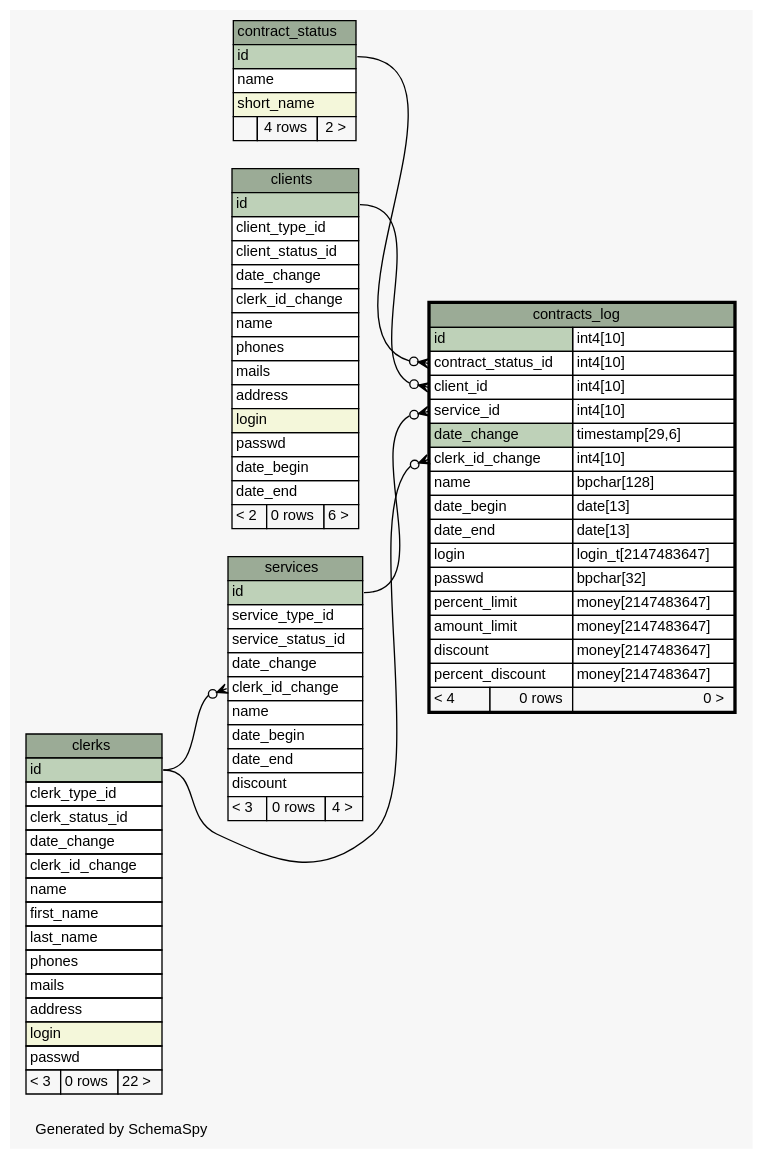
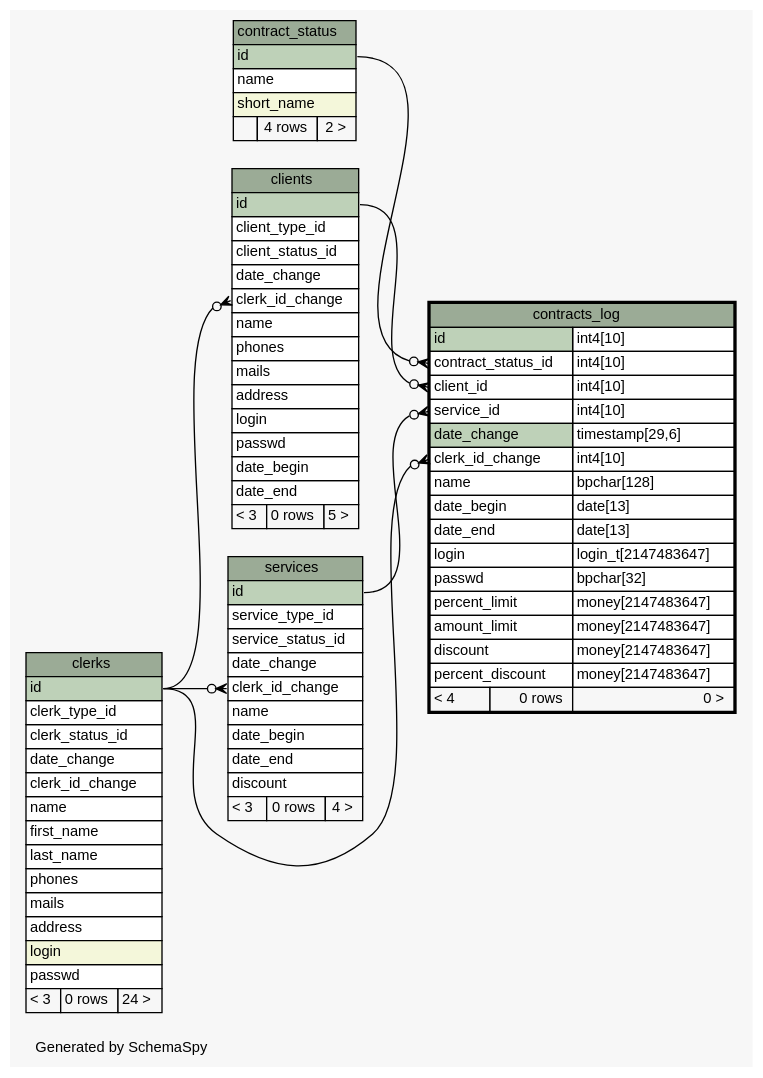
One commit to okharch/avox changed the diagram in db_schema/diagrams/contracts_log.1degree.dot. Above: the diagram before and after it, drawn with Graphviz. The commit also changed 166 other files, not shown here.

Commit message:
spyschema-modified

```diff
--- a/db_schema/diagrams/contracts_log.1degree.dot
+++ b/db_schema/diagrams/contracts_log.1degree.dot
@@ -1,125 +1,126 @@
 // dot 2.26.0 on Linux 2.6.32-358.2.1.el6.x86_64
 // SchemaSpy rev 590
 digraph "oneDegreeRelationshipsDiagram" {
   graph [
     rankdir="RL"
     bgcolor="#f7f7f7"
     label="\nGenerated by SchemaSpy"
     labeljust="l"
     nodesep="0.18"
     ranksep="0.46"
     fontname="Helvetica"
     fontsize="11"
   ];
   node [
     fontname="Helvetica"
     fontsize="11"
     shape="plaintext"
   ];
   edge [
     arrowsize="0.8"
   ];
+  "clients":"clerk_id_change":w -> "clerks":"id":e [arrowhead=none dir=back arrowtail=crowodot];
   "contracts_log":"clerk_id_change":w -> "clerks":"id":e [arrowhead=none dir=back arrowtail=crowodot];
   "contracts_log":"client_id":w -> "clients":"id":e [arrowhead=none dir=back arrowtail=crowodot];
   "contracts_log":"contract_status_id":w -> "contract_status":"id":e [arrowhead=none dir=back arrowtail=crowodot];
   "contracts_log":"service_id":w -> "services":"id":e [arrowhead=none dir=back arrowtail=crowodot];
   "services":"clerk_id_change":w -> "clerks":"id":e [arrowhead=none dir=back arrowtail=crowodot];
   "clerks" [
     label=<
     <TABLE BORDER="0" CELLBORDER="1" CELLSPACING="0" BGCOLOR="#ffffff">
       <TR><TD COLSPAN="3" BGCOLOR="#9bab96" ALIGN="CENTER">clerks</TD></TR>
       <TR><TD PORT="id" COLSPAN="3" BGCOLOR="#bed1b8" ALIGN="LEFT">id</TD></TR>
       <TR><TD PORT="clerk_type_id" COLSPAN="3" ALIGN="LEFT">clerk_type_id</TD></TR>
       <TR><TD PORT="clerk_status_id" COLSPAN="3" ALIGN="LEFT">clerk_status_id</TD></TR>
       <TR><TD PORT="date_change" COLSPAN="3" ALIGN="LEFT">date_change</TD></TR>
       <TR><TD PORT="clerk_id_change" COLSPAN="3" ALIGN="LEFT">clerk_id_change</TD></TR>
       <TR><TD PORT="name" COLSPAN="3" ALIGN="LEFT">name</TD></TR>
       <TR><TD PORT="first_name" COLSPAN="3" ALIGN="LEFT">first_name</TD></TR>
       <TR><TD PORT="last_name" COLSPAN="3" ALIGN="LEFT">last_name</TD></TR>
       <TR><TD PORT="phones" COLSPAN="3" ALIGN="LEFT">phones</TD></TR>
       <TR><TD PORT="mails" COLSPAN="3" ALIGN="LEFT">mails</TD></TR>
       <TR><TD PORT="address" COLSPAN="3" ALIGN="LEFT">address</TD></TR>
       <TR><TD PORT="login" COLSPAN="3" BGCOLOR="#f4f7da" ALIGN="LEFT">login</TD></TR>
       <TR><TD PORT="passwd" COLSPAN="3" ALIGN="LEFT">passwd</TD></TR>
-      <TR><TD ALIGN="LEFT" BGCOLOR="#f7f7f7">&lt; 3</TD><TD ALIGN="RIGHT" BGCOLOR="#f7f7f7">0 rows</TD><TD ALIGN="RIGHT" BGCOLOR="#f7f7f7">22 &gt;</TD></TR>
+      <TR><TD ALIGN="LEFT" BGCOLOR="#f7f7f7">&lt; 3</TD><TD ALIGN="RIGHT" BGCOLOR="#f7f7f7">0 rows</TD><TD ALIGN="RIGHT" BGCOLOR="#f7f7f7">24 &gt;</TD></TR>
     </TABLE>>
     URL="clerks.html"
     tooltip="clerks"
   ];
   "clients" [
     label=<
     <TABLE BORDER="0" CELLBORDER="1" CELLSPACING="0" BGCOLOR="#ffffff">
       <TR><TD COLSPAN="3" BGCOLOR="#9bab96" ALIGN="CENTER">clients</TD></TR>
       <TR><TD PORT="id" COLSPAN="3" BGCOLOR="#bed1b8" ALIGN="LEFT">id</TD></TR>
       <TR><TD PORT="client_type_id" COLSPAN="3" ALIGN="LEFT">client_type_id</TD></TR>
       <TR><TD PORT="client_status_id" COLSPAN="3" ALIGN="LEFT">client_status_id</TD></TR>
       <TR><TD PORT="date_change" COLSPAN="3" ALIGN="LEFT">date_change</TD></TR>
       <TR><TD PORT="clerk_id_change" COLSPAN="3" ALIGN="LEFT">clerk_id_change</TD></TR>
       <TR><TD PORT="name" COLSPAN="3" ALIGN="LEFT">name</TD></TR>
       <TR><TD PORT="phones" COLSPAN="3" ALIGN="LEFT">phones</TD></TR>
       <TR><TD PORT="mails" COLSPAN="3" ALIGN="LEFT">mails</TD></TR>
       <TR><TD PORT="address" COLSPAN="3" ALIGN="LEFT">address</TD></TR>
-      <TR><TD PORT="login" COLSPAN="3" BGCOLOR="#f4f7da" ALIGN="LEFT">login</TD></TR>
+      <TR><TD PORT="login" COLSPAN="3" ALIGN="LEFT">login</TD></TR>
       <TR><TD PORT="passwd" COLSPAN="3" ALIGN="LEFT">passwd</TD></TR>
       <TR><TD PORT="date_begin" COLSPAN="3" ALIGN="LEFT">date_begin</TD></TR>
       <TR><TD PORT="date_end" COLSPAN="3" ALIGN="LEFT">date_end</TD></TR>
-      <TR><TD ALIGN="LEFT" BGCOLOR="#f7f7f7">&lt; 2</TD><TD ALIGN="RIGHT" BGCOLOR="#f7f7f7">0 rows</TD><TD ALIGN="RIGHT" BGCOLOR="#f7f7f7">6 &gt;</TD></TR>
+      <TR><TD ALIGN="LEFT" BGCOLOR="#f7f7f7">&lt; 3</TD><TD ALIGN="RIGHT" BGCOLOR="#f7f7f7">0 rows</TD><TD ALIGN="RIGHT" BGCOLOR="#f7f7f7">5 &gt;</TD></TR>
     </TABLE>>
     URL="clients.html"
     tooltip="clients"
   ];
   "contract_status" [
     label=<
     <TABLE BORDER="0" CELLBORDER="1" CELLSPACING="0" BGCOLOR="#ffffff">
       <TR><TD COLSPAN="3" BGCOLOR="#9bab96" ALIGN="CENTER">contract_status</TD></TR>
       <TR><TD PORT="id" COLSPAN="3" BGCOLOR="#bed1b8" ALIGN="LEFT">id</TD></TR>
       <TR><TD PORT="name" COLSPAN="3" ALIGN="LEFT">name</TD></TR>
       <TR><TD PORT="short_name" COLSPAN="3" BGCOLOR="#f4f7da" ALIGN="LEFT">short_name</TD></TR>
       <TR><TD ALIGN="LEFT" BGCOLOR="#f7f7f7">  </TD><TD ALIGN="RIGHT" BGCOLOR="#f7f7f7">4 rows</TD><TD ALIGN="RIGHT" BGCOLOR="#f7f7f7">2 &gt;</TD></TR>
     </TABLE>>
     URL="contract_status.html"
     tooltip="contract_status"
   ];
   "contracts_log" [
     label=<
     <TABLE BORDER="2" CELLBORDER="1" CELLSPACING="0" BGCOLOR="#ffffff">
       <TR><TD COLSPAN="3" BGCOLOR="#9bab96" ALIGN="CENTER">contracts_log</TD></TR>
       <TR><TD PORT="id" COLSPAN="2" BGCOLOR="#bed1b8" ALIGN="LEFT">id</TD><TD PORT="id.type" ALIGN="LEFT">int4[10]</TD></TR>
       <TR><TD PORT="contract_status_id" COLSPAN="2" ALIGN="LEFT">contract_status_id</TD><TD PORT="contract_status_id.type" ALIGN="LEFT">int4[10]</TD></TR>
       <TR><TD PORT="client_id" COLSPAN="2" ALIGN="LEFT">client_id</TD><TD PORT="client_id.type" ALIGN="LEFT">int4[10]</TD></TR>
       <TR><TD PORT="service_id" COLSPAN="2" ALIGN="LEFT">service_id</TD><TD PORT="service_id.type" ALIGN="LEFT">int4[10]</TD></TR>
       <TR><TD PORT="date_change" COLSPAN="2" BGCOLOR="#bed1b8" ALIGN="LEFT">date_change</TD><TD PORT="date_change.type" ALIGN="LEFT">timestamp[29,6]</TD></TR>
       <TR><TD PORT="clerk_id_change" COLSPAN="2" ALIGN="LEFT">clerk_id_change</TD><TD PORT="clerk_id_change.type" ALIGN="LEFT">int4[10]</TD></TR>
       <TR><TD PORT="name" COLSPAN="2" ALIGN="LEFT">name</TD><TD PORT="name.type" ALIGN="LEFT">bpchar[128]</TD></TR>
       <TR><TD PORT="date_begin" COLSPAN="2" ALIGN="LEFT">date_begin</TD><TD PORT="date_begin.type" ALIGN="LEFT">date[13]</TD></TR>
       <TR><TD PORT="date_end" COLSPAN="2" ALIGN="LEFT">date_end</TD><TD PORT="date_end.type" ALIGN="LEFT">date[13]</TD></TR>
       <TR><TD PORT="login" COLSPAN="2" ALIGN="LEFT">login</TD><TD PORT="login.type" ALIGN="LEFT">login_t[2147483647]</TD></TR>
       <TR><TD PORT="passwd" COLSPAN="2" ALIGN="LEFT">passwd</TD><TD PORT="passwd.type" ALIGN="LEFT">bpchar[32]</TD></TR>
       <TR><TD PORT="percent_limit" COLSPAN="2" ALIGN="LEFT">percent_limit</TD><TD PORT="percent_limit.type" ALIGN="LEFT">money[2147483647]</TD></TR>
       <TR><TD PORT="amount_limit" COLSPAN="2" ALIGN="LEFT">amount_limit</TD><TD PORT="amount_limit.type" ALIGN="LEFT">money[2147483647]</TD></TR>
       <TR><TD PORT="discount" COLSPAN="2" ALIGN="LEFT">discount</TD><TD PORT="discount.type" ALIGN="LEFT">money[2147483647]</TD></TR>
       <TR><TD PORT="percent_discount" COLSPAN="2" ALIGN="LEFT">percent_discount</TD><TD PORT="percent_discount.type" ALIGN="LEFT">money[2147483647]</TD></TR>
       <TR><TD ALIGN="LEFT" BGCOLOR="#f7f7f7">&lt; 4</TD><TD ALIGN="RIGHT" BGCOLOR="#f7f7f7">0 rows</TD><TD ALIGN="RIGHT" BGCOLOR="#f7f7f7">0 &gt;</TD></TR>
     </TABLE>>
     URL="contracts_log.html"
     tooltip="contracts_log"
   ];
   "services" [
     label=<
     <TABLE BORDER="0" CELLBORDER="1" CELLSPACING="0" BGCOLOR="#ffffff">
       <TR><TD COLSPAN="3" BGCOLOR="#9bab96" ALIGN="CENTER">services</TD></TR>
       <TR><TD PORT="id" COLSPAN="3" BGCOLOR="#bed1b8" ALIGN="LEFT">id</TD></TR>
       <TR><TD PORT="service_type_id" COLSPAN="3" ALIGN="LEFT">service_type_id</TD></TR>
       <TR><TD PORT="service_status_id" COLSPAN="3" ALIGN="LEFT">service_status_id</TD></TR>
       <TR><TD PORT="date_change" COLSPAN="3" ALIGN="LEFT">date_change</TD></TR>
       <TR><TD PORT="clerk_id_change" COLSPAN="3" ALIGN="LEFT">clerk_id_change</TD></TR>
       <TR><TD PORT="name" COLSPAN="3" ALIGN="LEFT">name</TD></TR>
       <TR><TD PORT="date_begin" COLSPAN="3" ALIGN="LEFT">date_begin</TD></TR>
       <TR><TD PORT="date_end" COLSPAN="3" ALIGN="LEFT">date_end</TD></TR>
       <TR><TD PORT="discount" COLSPAN="3" ALIGN="LEFT">discount</TD></TR>
       <TR><TD ALIGN="LEFT" BGCOLOR="#f7f7f7">&lt; 3</TD><TD ALIGN="RIGHT" BGCOLOR="#f7f7f7">0 rows</TD><TD ALIGN="RIGHT" BGCOLOR="#f7f7f7">4 &gt;</TD></TR>
     </TABLE>>
     URL="services.html"
     tooltip="services"
   ];
 }
```
